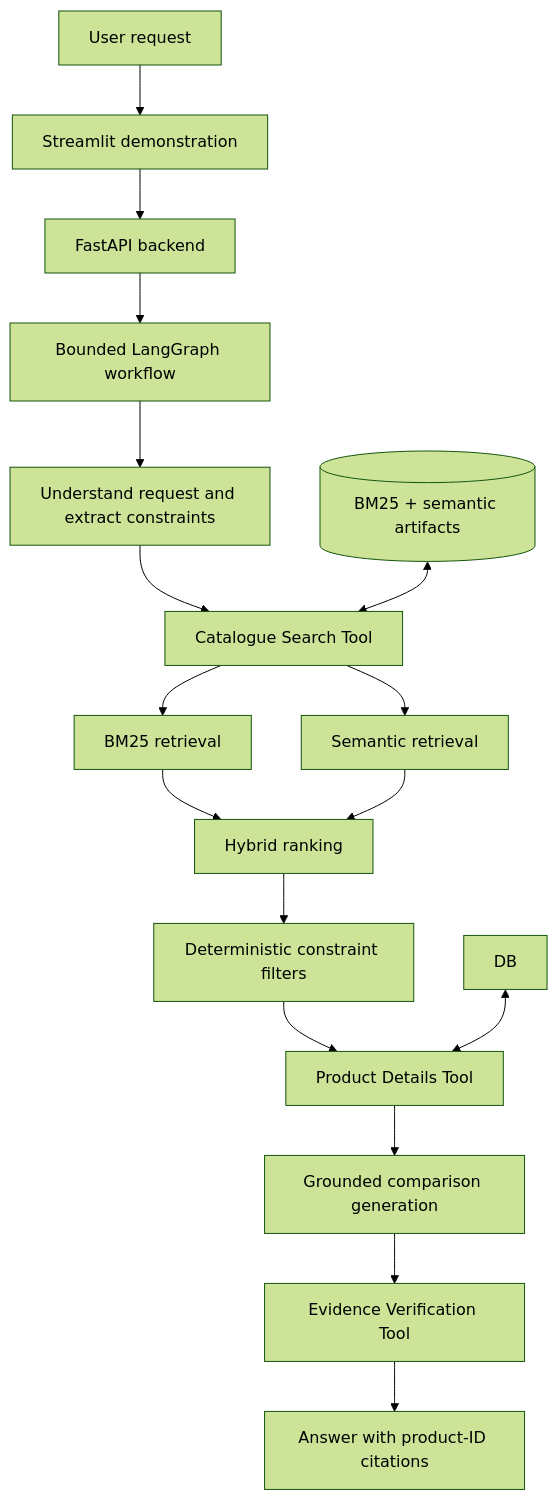
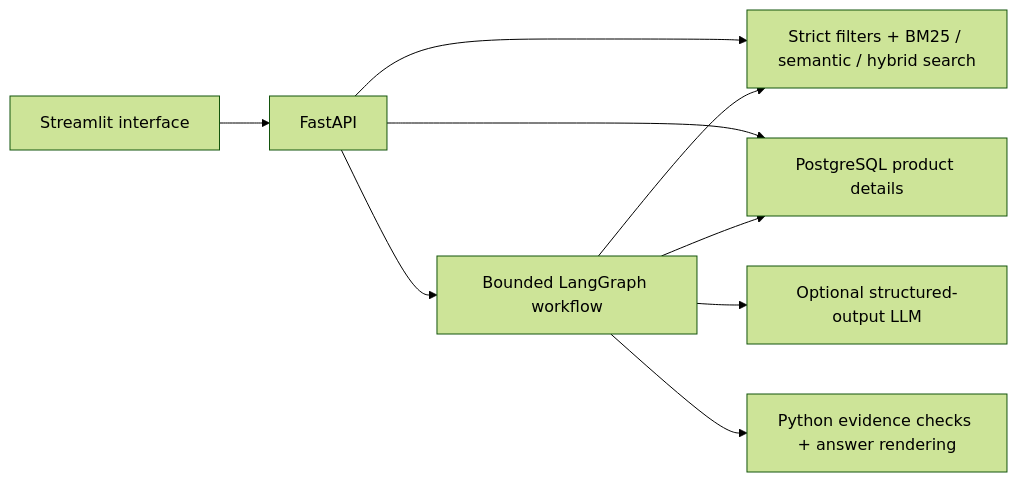
The diagram in README.md (singlamohak16/SearchRank-AI), drawn with Mermaid (forest theme) before and after one commit. The commit also changed other lines of this file and 12 other files, not shown here.

````diff
--- a/README.md
+++ b/README.md
@@ -101,19 +28,11 @@
 ```mermaid
-flowchart TD
-    U[User request] --> UI[Streamlit demonstration]
-    UI --> API[FastAPI backend]
-    API --> G[Bounded LangGraph workflow]
-    G --> Q[Understand request and extract constraints]
-    Q --> S[Catalogue Search Tool]
-    S --> B[BM25 retrieval]
-    S --> E[Semantic retrieval]
-    B --> H[Hybrid ranking]
-    E --> H
-    H --> F[Deterministic constraint filters]
-    F --> D[Product Details Tool]
-    D --> L[Grounded comparison generation]
-    L --> V[Evidence Verification Tool]
-    V --> R[Answer with product-ID citations]
-    IDX[(BM25 + semantic artifacts)] <--> S
-    DB <--> D
+flowchart LR
+    UI[Streamlit interface] --> API[FastAPI]
+    API --> Search[Strict filters + BM25 / semantic / hybrid search]
+    API --> Products[PostgreSQL product details]
+    API --> Agent[Bounded LangGraph workflow]
+    Agent --> Search
+    Agent --> Products
+    Agent --> LLM[Optional structured-output LLM]
+    Agent --> Verify[Python evidence checks + answer rendering]
 ```
````
